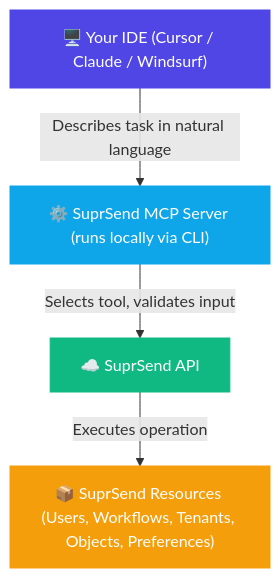
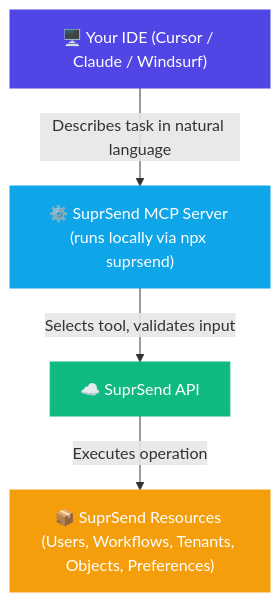
One commit to suprsend/documentation changed the diagram in reference/mcp-overview.mdx. Above: the diagram before and after it, drawn with Mermaid. The commit also changed other lines of this file and 7 other files, not shown here.

Commit message:
add npx for cli/mcp

````diff
--- a/reference/mcp-overview.mdx
+++ b/reference/mcp-overview.mdx
@@ -57,11 +57,11 @@
 ```mermaid
 flowchart TD
-    A["🖥️ Your IDE (Cursor / Claude / Windsurf)"] -->|"Describes task in natural language"| B["⚙️ SuprSend MCP Server (runs locally via CLI)"]
+    A["🖥️ Your IDE (Cursor / Claude / Windsurf)"] -->|"Describes task in natural language"| B["⚙️ SuprSend MCP Server (runs locally via npx suprsend)"]
     B -->|"Selects tool, validates input"| C["☁️ SuprSend API"]
     C -->|"Executes operation"| D["📦 SuprSend Resources (Users, Workflows, Tenants, Objects, Preferences)"]
 
     style A fill:#4F46E5,stroke:#4F46E5,color:#fff
     style B fill:#0EA5E9,stroke:#0EA5E9,color:#fff
     style C fill:#10B981,stroke:#10B981,color:#fff
     style D fill:#F59E0B,stroke:#F59E0B,color:#fff
 ```
````
